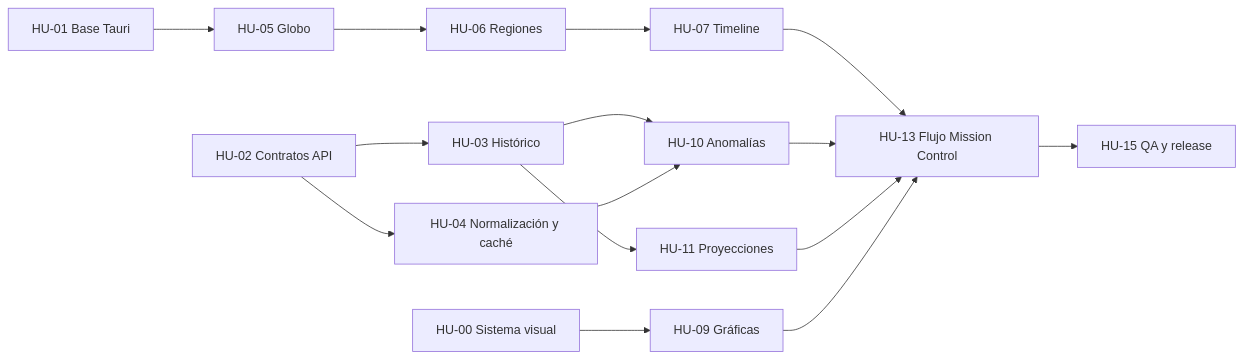
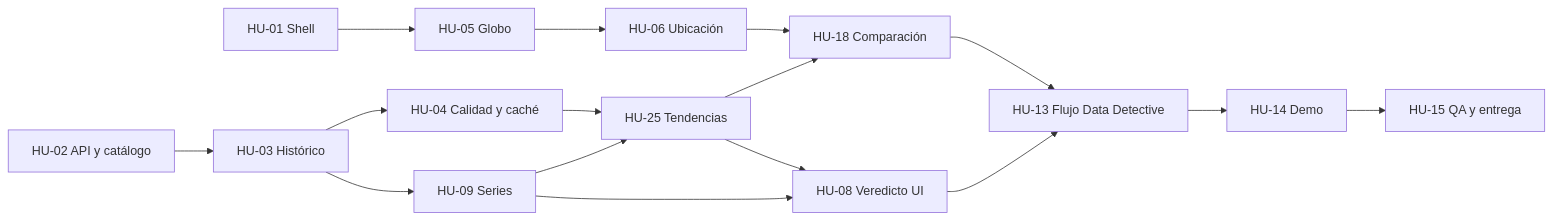
One commit to nastex123/tpbd changed the second of 2 diagrams in ROADMAP_TPBD.md. Above: the diagram before and after it, drawn with Mermaid. The commit also changed other lines of this file, not shown here.

Commit message:
docs: revise TPBD roadmap to v2.0

````diff
--- a/ROADMAP_TPBD.md
+++ b/ROADMAP_TPBD.md
@@ -198,17 +163,18 @@
-```mermaid
+~~~mermaid
 flowchart LR
-  A[HU-01 Base Tauri] --> E[HU-05 Globo]
-  B[HU-02 Contratos API] --> C[HU-03 Histórico]
-  B --> D[HU-04 Normalización y caché]
-  C --> G[HU-10 Anomalías]
-  D --> G
-  C --> H[HU-11 Proyecciones]
-  E --> F[HU-06 Regiones]
-  F --> I[HU-07 Timeline]
-  J[HU-00 Sistema visual] --> K[HU-09 Gráficas]
-  I --> L[HU-13 Flujo Mission Control]
-  G --> L
-  H --> L
-  K --> L
-  L --> M[HU-15 QA y release]
-```
+  A[HU-01 Shell] --> B[HU-05 Globo]
+  C[HU-02 API y catálogo] --> D[HU-03 Histórico]
+  D --> E[HU-04 Calidad y caché]
+  B --> F[HU-06 Ubicación]
+  D --> G[HU-09 Series]
+  E --> H[HU-25 Tendencias]
+  G --> H
+  F --> I[HU-18 Comparación]
+  H --> I
+  G --> J[HU-08 Veredicto UI]
+  H --> J
+  I --> K[HU-13 Flujo Data Detective]
+  J --> K
+  K --> L[HU-14 Demo]
+  L --> M[HU-15 QA y entrega]
+~~~
````
